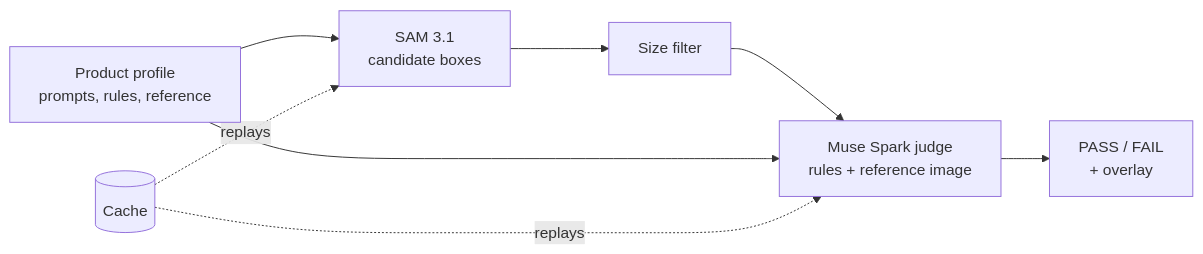
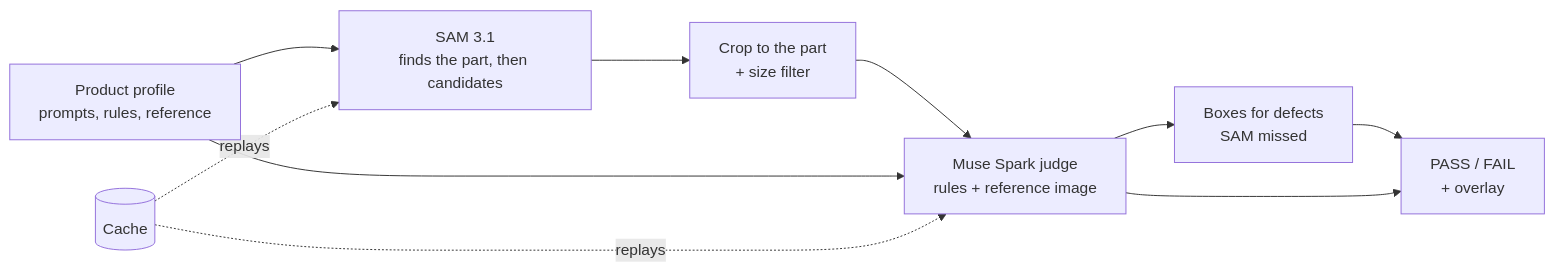
Before and after one commit to richardochristjia/zeroshot-qc: the diagram in README.md, drawn with Mermaid. The commit also changed other lines of this file and 2 other files, not shown here.

Commit message:
docs: document grounded mode and tuning, copy tune runs into demo

````diff
--- a/README.md
+++ b/README.md
@@ -88,10 +88,12 @@
 ```mermaid
 flowchart LR
-    P[Product profile<br/>prompts, rules, reference] --> S[SAM 3.1<br/>candidate boxes]
-    S --> F[Size filter]
-    F --> J[Muse Spark judge<br/>rules + reference image]
+    P[Product profile<br/>prompts, rules, reference] --> S[SAM 3.1<br/>finds the part, then candidates]
+    S --> K[Crop to the part<br/>+ size filter]
+    K --> J[Muse Spark judge<br/>rules + reference image]
     P --> J
-    J --> V[PASS / FAIL<br/>+ overlay]
+    J --> B[Boxes for defects<br/>SAM missed]
+    B --> V[PASS / FAIL<br/>+ overlay]
+    J --> V
     C[(Cache)] -.replays.-> S
     C -.replays.-> J
 ```
````
